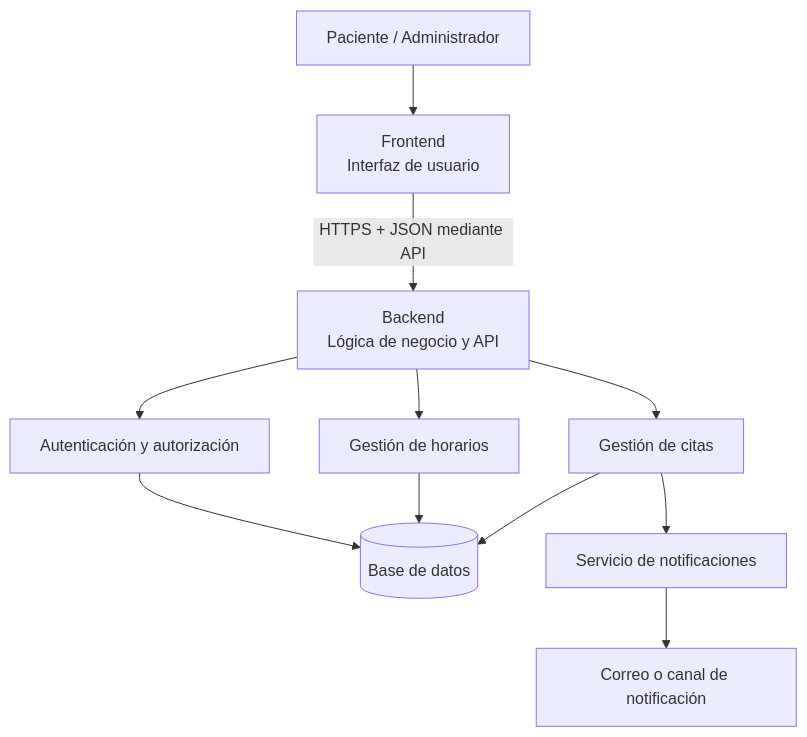
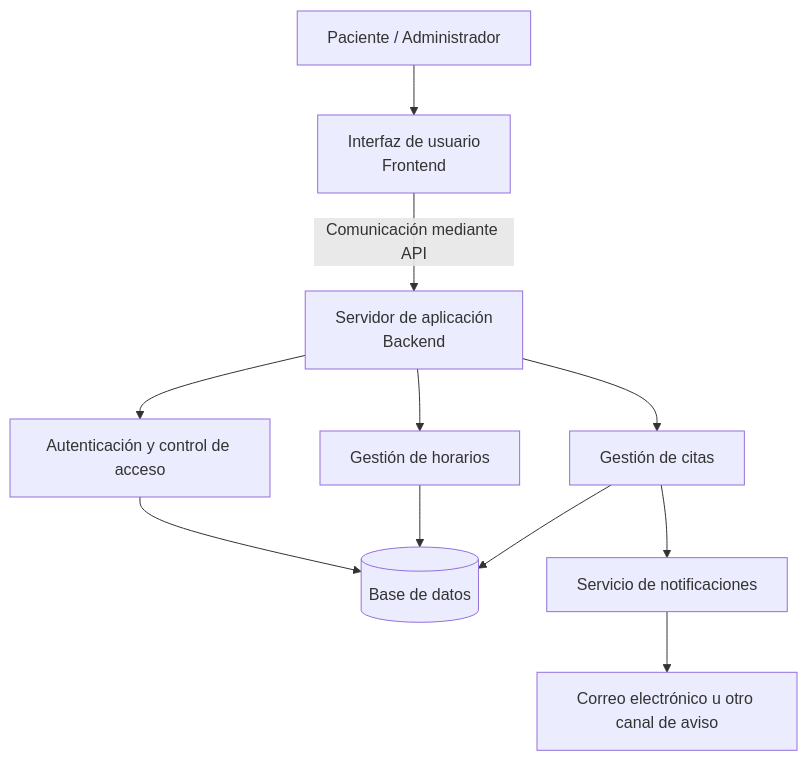
One commit to AlanRGG/sistema-citas-medicas changed the fifth of 5 diagrams in docs/uml/DIAGRAMAS.md. Above: the diagram before and after it, drawn with Mermaid. The commit also changed other lines of this file, not shown here.

Commit message:
docs: traducir página de diagramas al español

````diff
--- a/docs/uml/DIAGRAMAS.md
+++ b/docs/uml/DIAGRAMAS.md
@@ -150,13 +161,13 @@
 ```mermaid
 flowchart TB
-    U[Paciente / Administrador] --> UI[Frontend<br/>Interfaz de usuario]
-    UI -->|HTTPS + JSON mediante API| API[Backend<br/>Lógica de negocio y API]
-    API --> AUTH[Autenticación y autorización]
+    U[Paciente / Administrador] --> UI[Interfaz de usuario<br/>Frontend]
+    UI -->|Comunicación mediante API| API[Servidor de aplicación<br/>Backend]
+    API --> AUTH[Autenticación y control de acceso]
     API --> CITAS[Gestión de citas]
     API --> HOR[Gestión de horarios]
     CITAS --> DB[(Base de datos)]
     HOR --> DB
     AUTH --> DB
     CITAS --> NOTI[Servicio de notificaciones]
-    NOTI --> EXT[Correo o canal de notificación]
+    NOTI --> EXT[Correo electrónico u otro canal de aviso]
 ```
````
